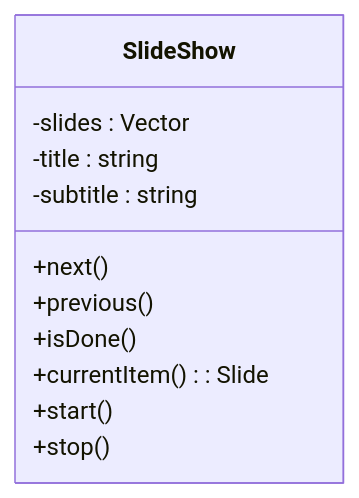
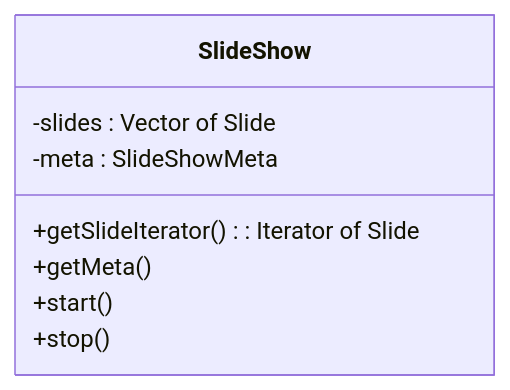
The first of 4 diagrams in domaindesign.md (Borrelhapje/design-for-change), drawn with Mermaid before and after one commit. The commit also changed other lines of this file, not shown here.

````diff
--- a/domaindesign.md
+++ b/domaindesign.md
@@ -50,14 +56,11 @@
 ```mermaid
 classDiagram
 class SlideShow{
-	-slides : Vector
-	-title : string
-	-subtitle : string
-	+next()
-	+previous()
-        +isDone()
-        +currentItem(): Slide
+	-slides : Vector of Slide
+	-meta : SlideShowMeta
+        +getSlideIterator(): Iterator of Slide
+        +getMeta()
 	+start()
 	+stop()
 }
 ```
````
